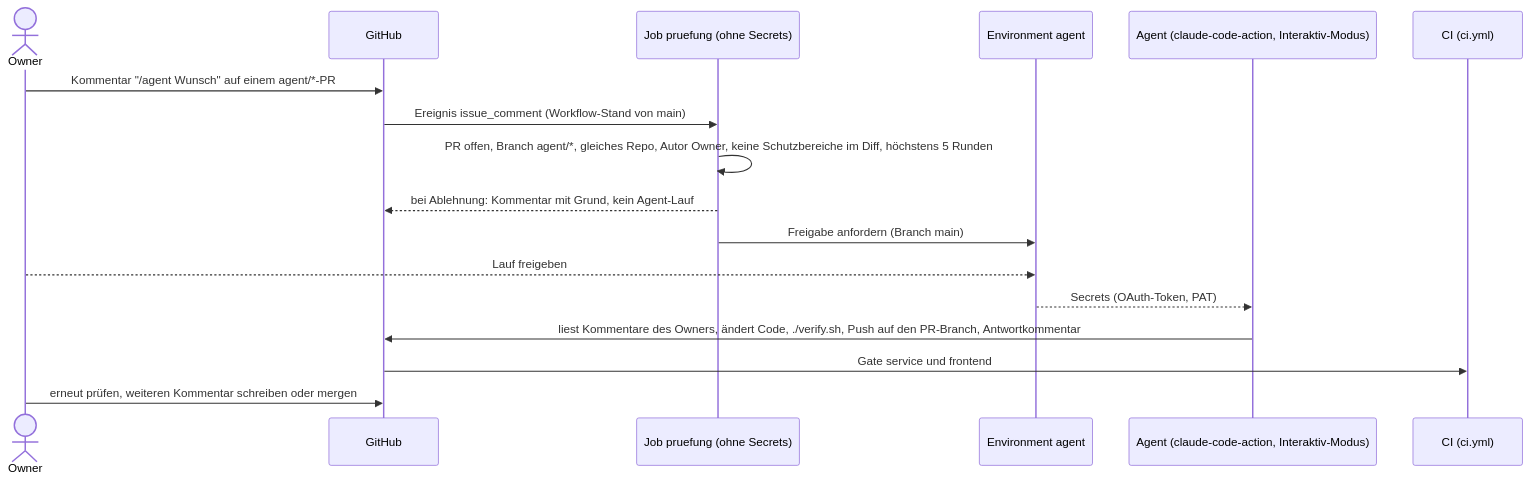
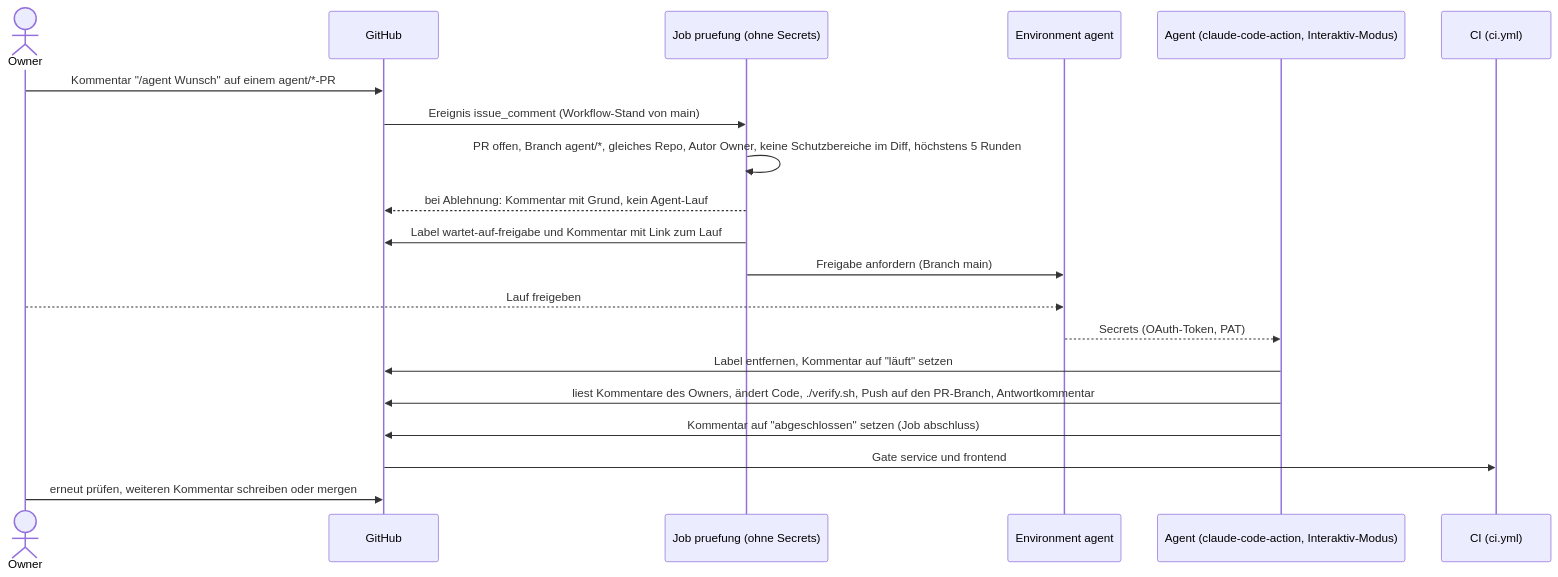
Before and after one commit to juheba/sw-factory-tryout: the fifth of 5 diagrams in docs/architecture.md, drawn with Mermaid. The commit also changed other lines of this file and 5 other files, not shown here.

First line of the commit message:
feat: Link zum Agent-Lauf als Kommentar an Issue und PR (B7) (#83)

````diff
--- a/docs/architecture.md
+++ b/docs/architecture.md
@@ -88,19 +91,22 @@
 ```mermaid
 sequenceDiagram
     actor O as Owner
     participant GH as GitHub
     participant P as Job pruefung (ohne Secrets)
     participant Env as Environment agent
     participant A as Agent (claude-code-action, Interaktiv-Modus)
     participant CI as CI (ci.yml)
     O->>GH: Kommentar "/agent Wunsch" auf einem agent/*-PR
     GH->>P: Ereignis issue_comment (Workflow-Stand von main)
     P->>P: PR offen, Branch agent/*, gleiches Repo, Autor Owner, keine Schutzbereiche im Diff, höchstens 5 Runden
     P-->>GH: bei Ablehnung: Kommentar mit Grund, kein Agent-Lauf
+    P->>GH: Label wartet-auf-freigabe und Kommentar mit Link zum Lauf
     P->>Env: Freigabe anfordern (Branch main)
     O-->>Env: Lauf freigeben
     Env-->>A: Secrets (OAuth-Token, PAT)
+    A->>GH: Label entfernen, Kommentar auf "läuft" setzen
     A->>GH: liest Kommentare des Owners, ändert Code, ./verify.sh, Push auf den PR-Branch, Antwortkommentar
+    A->>GH: Kommentar auf "abgeschlossen" setzen (Job abschluss)
     GH->>CI: Gate service und frontend
     O->>GH: erneut prüfen, weiteren Kommentar schreiben oder mergen
 ```
````
